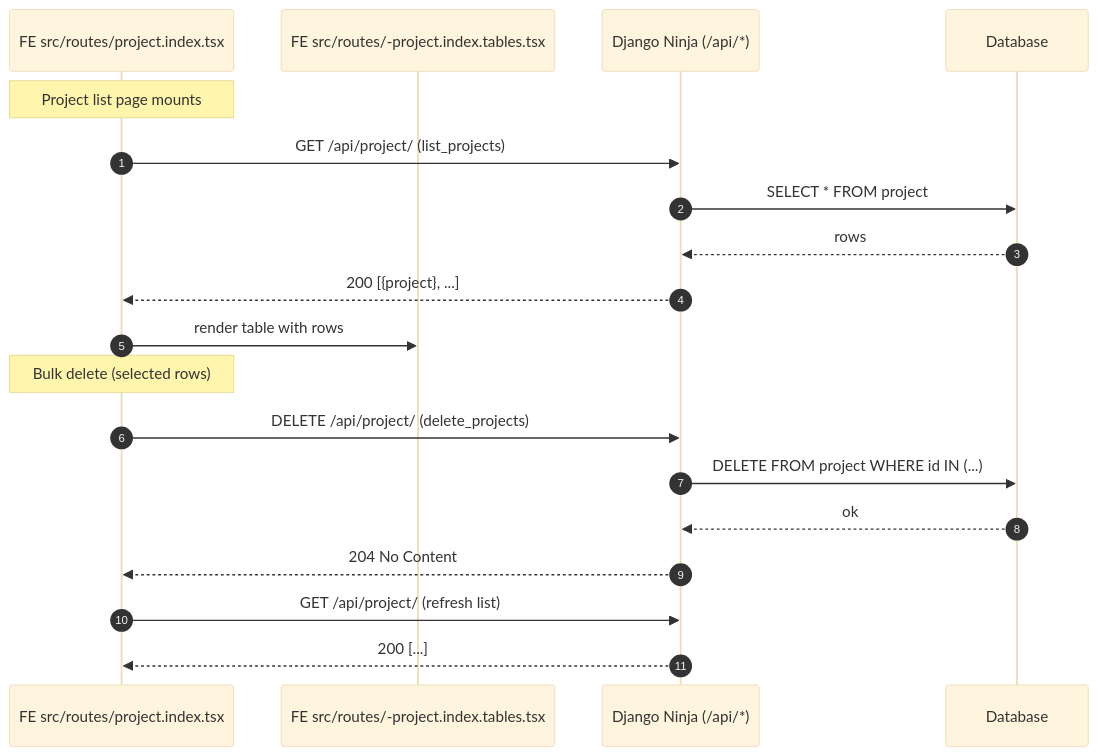
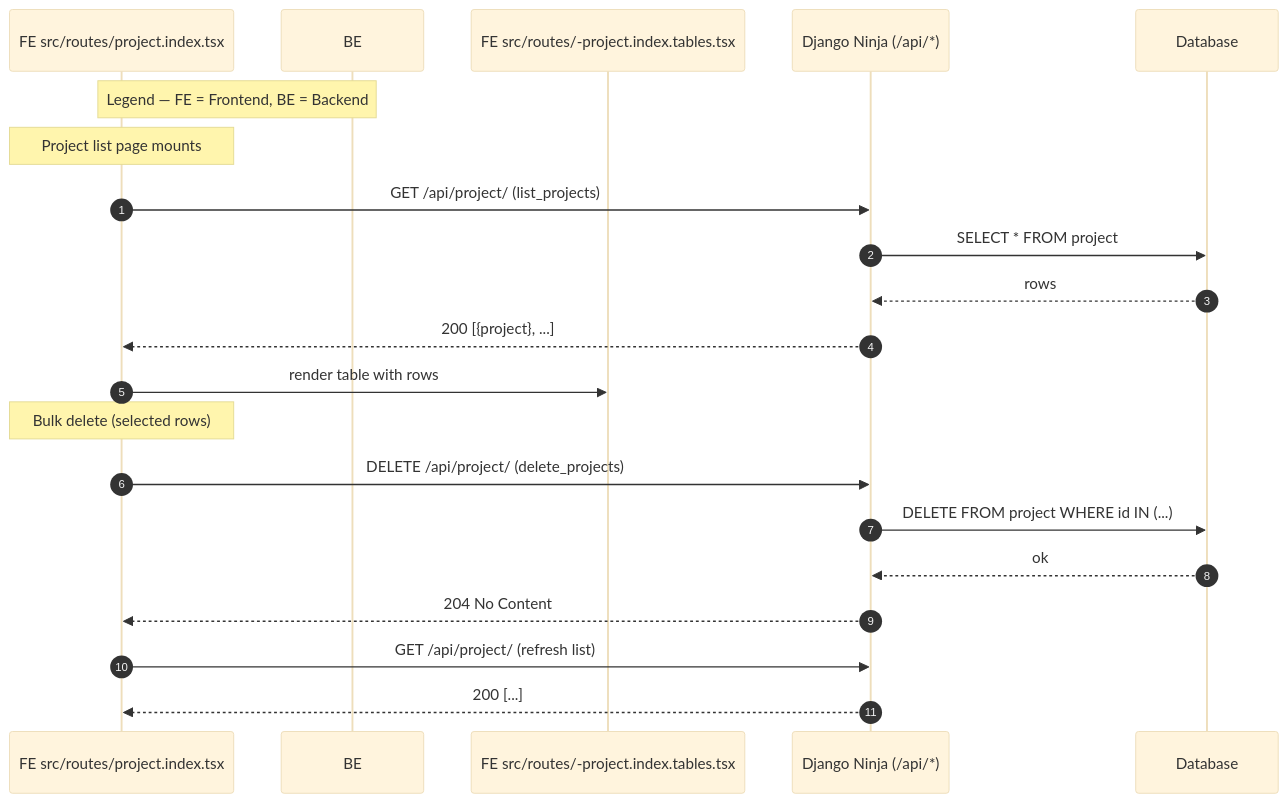
One commit to aus-plant-phenomics-network/phenomate changed the first of 7 diagrams in docs/api-sequences.md. Above: the diagram before and after it, drawn with Mermaid (base theme). The commit also changed other lines of this file, not shown here.

````diff
--- a/docs/api-sequences.md
+++ b/docs/api-sequences.md
@@ -24,23 +24,27 @@
 ```mermaid
 sequenceDiagram
+  
+%% Legend at the top
+  Note over FE,BE: Legend — FE = Frontend, BE = Backend
+
   autonumber
   participant FE as FE src/routes/project.index.tsx
   participant Tbl as FE src/routes/-project.index.tables.tsx
   participant API as Django Ninja (/api/*)
   participant DB as Database
 
   Note over FE: Project list page mounts
   FE->>API: GET /api/project/  (list_projects)
   API->>DB: SELECT * FROM project
   DB-->>API: rows
   API-->>FE: 200 [{project}, ...]
   FE->>Tbl: render table with rows
 
   Note over FE: Bulk delete (selected rows)
   FE->>API: DELETE /api/project/  (delete_projects)
   API->>DB: DELETE FROM project WHERE id IN (...)
   DB-->>API: ok
   API-->>FE: 204 No Content
   FE->>API: GET /api/project/  (refresh list)
   API-->>FE: 200 [...]
 ```
````
